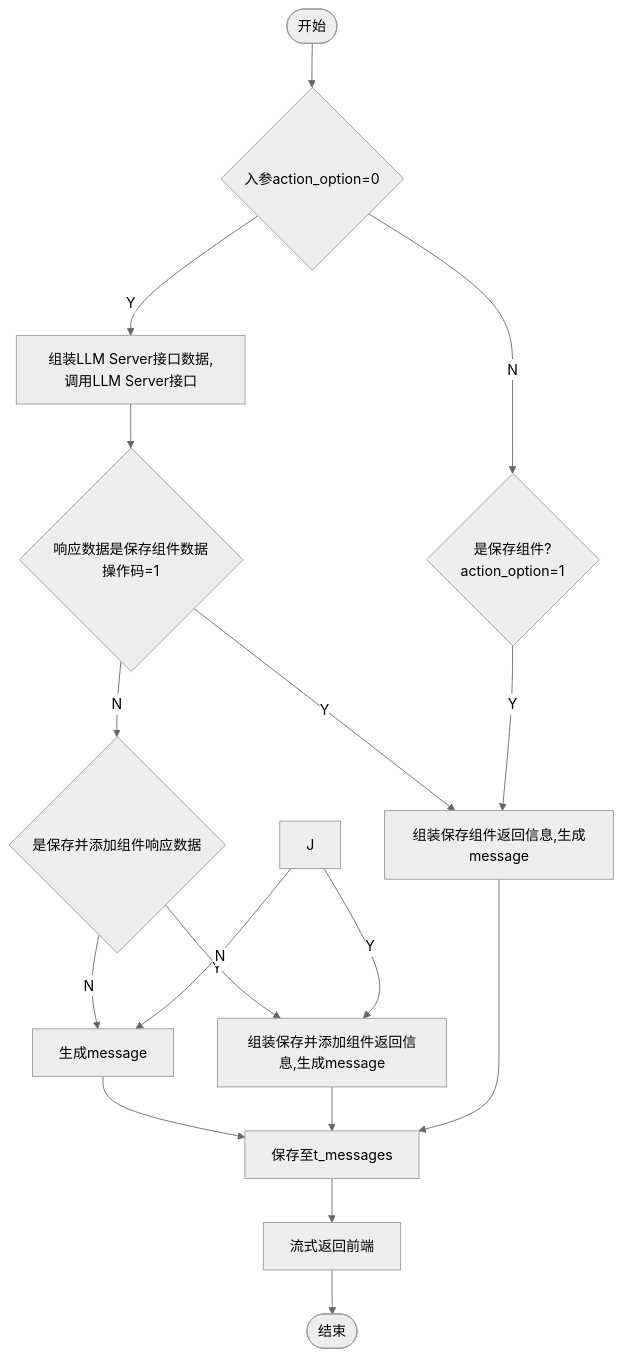
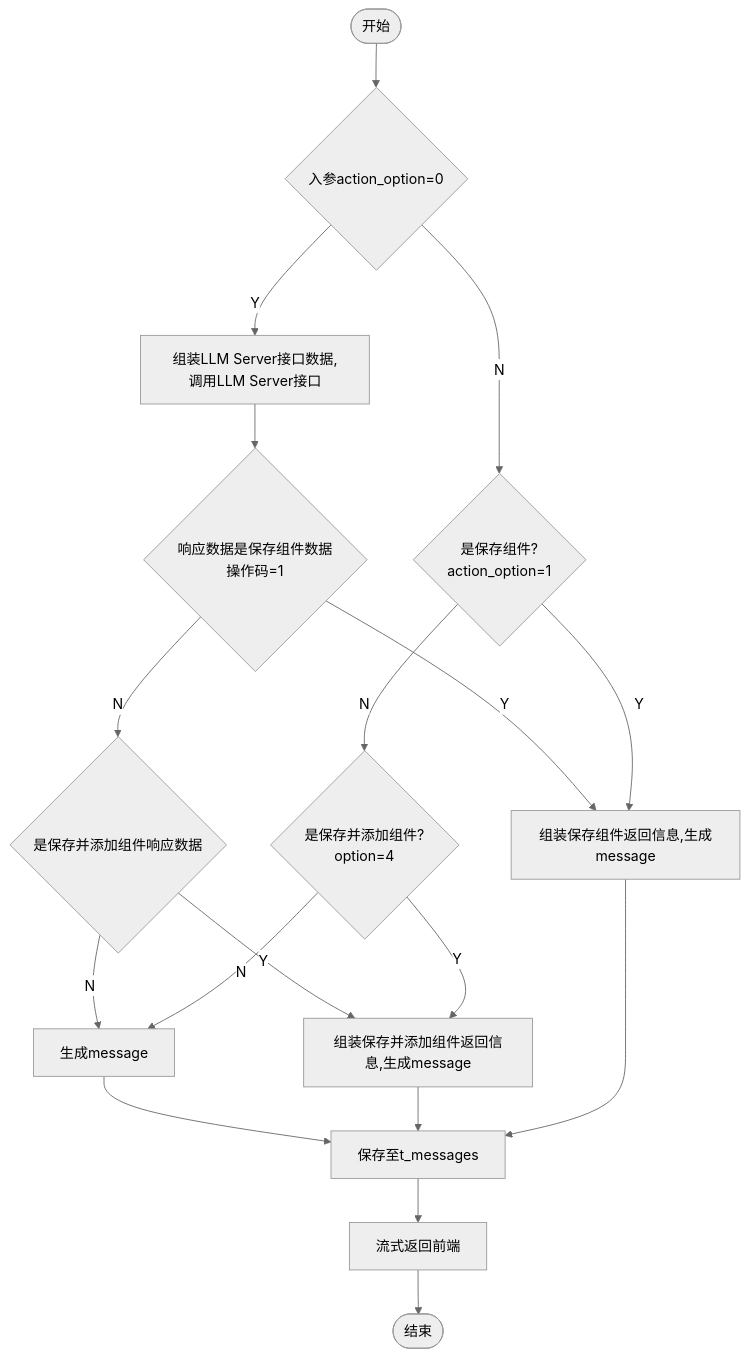
One commit to yingjianzh/iodraw-files changed the diagram in all/添加保存组件.md. Above: the diagram before and after it, drawn with Mermaid (neutral theme).

Commit message:
2024-10-15 15:26:20 update

````diff
--- a/all/添加保存组件.md
+++ b/all/添加保存组件.md
@@ -1,21 +1,23 @@
 ```mermaid
 flowchart TD
     A([开始]) --> B{入参action_option=0}
     B -- Y --> C[组装LLM Server接口数据,调用LLM Server接口]
     C --> E{响应数据是保存组件数据 \n 操作码=1}
     B -- N --> D{是保存组件? \n action_option=1}
+    D -- N --> J{是保存并添加组件? \n option=4}
+    
     E -- N --> L{是保存并添加组件响应数据}
     E -- Y --> F[组装保存组件返回信息,生成message]
     
     L -- N --> R[生成message]
     R --> G
     L -- Y --> K
     D -- Y --> F
     
     J -- Y --> K[组装保存并添加组件返回信息,生成message]
     K --> G
     J -- N --> R
     F --> G[保存至t_messages]
     G --> H[流式返回前端]
     H --> I([结束])
 ```
````
